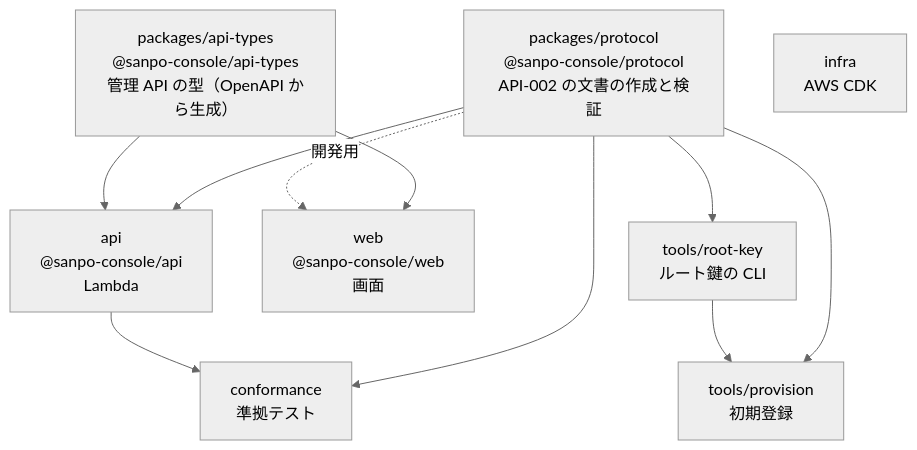
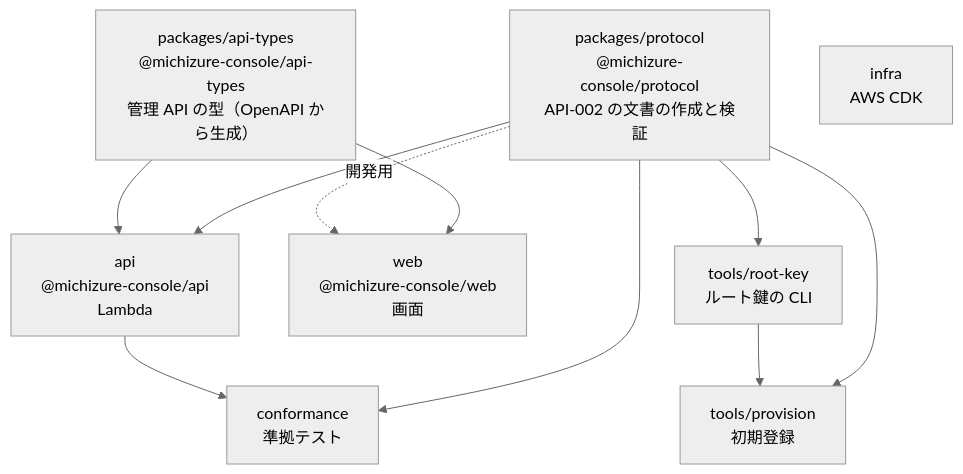
Before and after one commit to duwenji/yorisoi-tutorial: the diagram in 07-typescript/02-workspaces.md, drawn with Mermaid (neutral theme). The commit also changed other lines of this file and 87 other files, not shown here.

Commit message:
docs: SanpoGuide の再構成（RFC-002）で移ったファイルへのリンクと、michizure-console への改名を反映する

````diff
--- a/07-typescript/02-workspaces.md
+++ b/07-typescript/02-workspaces.md
@@ -19,20 +19,20 @@
 ```mermaid
 flowchart TB
-    PROTO["packages/protocol<br/>@sanpo-console/protocol<br/>API-002 の文書の作成と検証"]
-    TYPES["packages/api-types<br/>@sanpo-console/api-types<br/>管理 API の型（OpenAPI から生成）"]
-    API["api<br/>@sanpo-console/api<br/>Lambda"]
-    WEB["web<br/>@sanpo-console/web<br/>画面"]
+    PROTO["packages/protocol<br/>@michizure-console/protocol<br/>API-002 の文書の作成と検証"]
+    TYPES["packages/api-types<br/>@michizure-console/api-types<br/>管理 API の型（OpenAPI から生成）"]
+    API["api<br/>@michizure-console/api<br/>Lambda"]
+    WEB["web<br/>@michizure-console/web<br/>画面"]
     CONF["conformance<br/>準拠テスト"]
     RK["tools/root-key<br/>ルート鍵の CLI"]
     PROV["tools/provision<br/>初期登録"]
     INFRA["infra<br/>AWS CDK"]
     PROTO --> API
     TYPES --> API
     TYPES --> WEB
     PROTO --> CONF
     API --> CONF
     PROTO --> RK
     PROTO --> PROV
     RK --> PROV
     PROTO -. 開発用 .-> WEB
 ```
````
